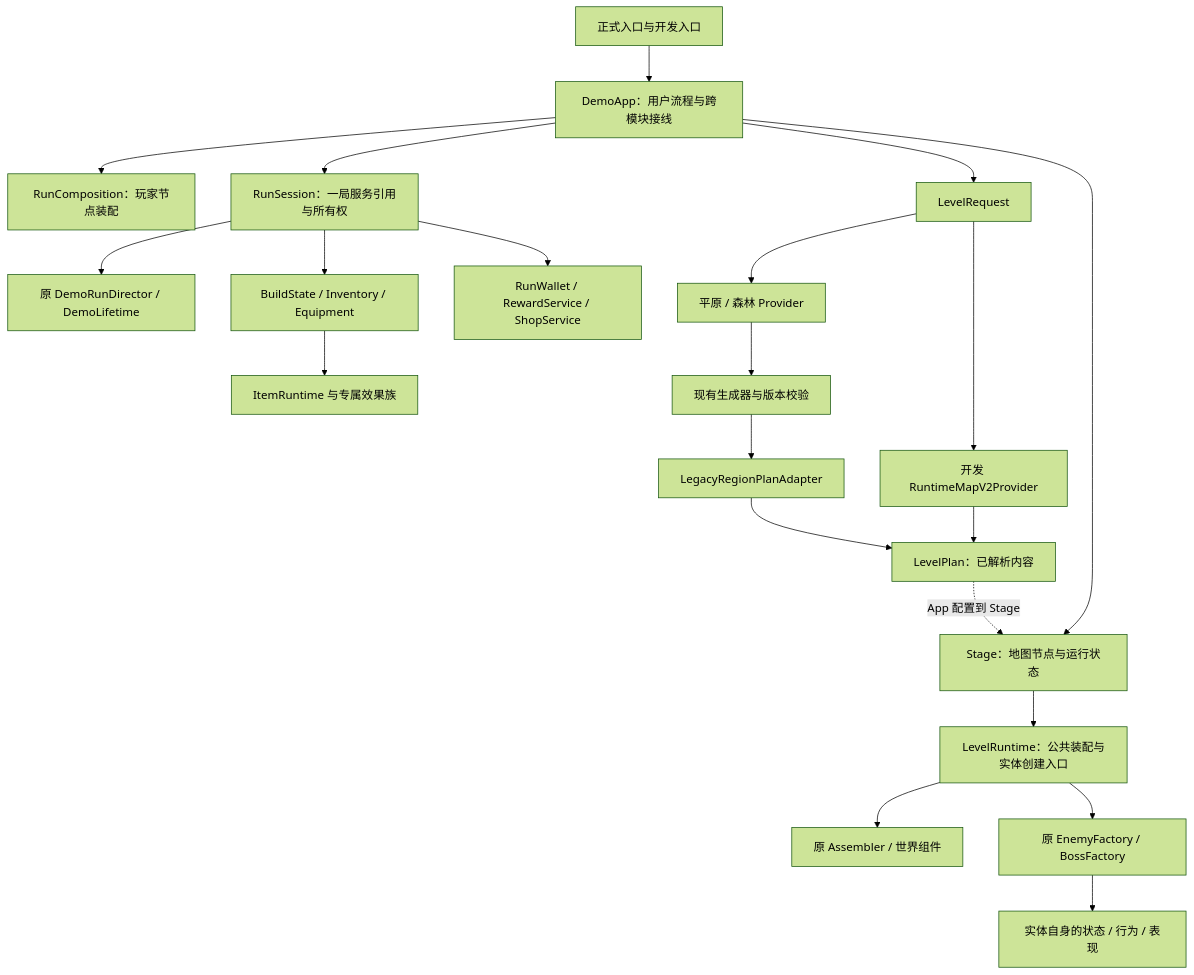
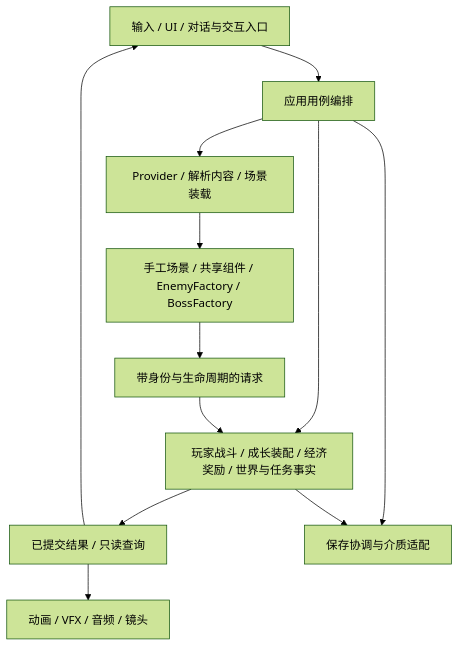
One commit to zhipijun1996/gunman-rush changed the diagram in docs/project/architecture.md. Above: the diagram before and after it, drawn with Mermaid (forest theme). The commit also changed other lines of this file and 9 other files, not shown here.

````diff
--- a/docs/project/architecture.md
+++ b/docs/project/architecture.md
@@ -9,23 +50,14 @@
 ```mermaid
 flowchart TD
-    Entry[正式入口与开发入口] --> App[DemoApp：用户流程与跨模块接线]
-    App --> Composition[RunComposition：玩家节点装配]
-    App --> Session[RunSession：一局服务引用与所有权]
-    Session --> Flow[原 DemoRunDirector / DemoLifetime]
-    Session --> Build[BuildState / Inventory / Equipment]
-    Session --> Economy[RunWallet / RewardService / ShopService]
-    App --> Request[LevelRequest]
-    Request --> Provider[平原 / 森林 Provider]
-    Provider --> Legacy[现有生成器与版本校验]
-    Legacy --> Adapter[LegacyRegionPlanAdapter]
-    Adapter --> Plan[LevelPlan：已解析内容]
-    Request --> RuntimeMap[开发 RuntimeMapV2Provider]
-    RuntimeMap --> Plan
-    App --> Stage[Stage：地图节点与运行状态]
-    Plan -. App 配置到 Stage .-> Stage
-    Stage --> Runtime[LevelRuntime：公共装配与实体创建入口]
-    Runtime --> Assembler[原 Assembler / 世界组件]
-    Runtime --> Factory[原 EnemyFactory / BossFactory]
-    Factory --> Entity[实体自身的状态 / 行为 / 表现]
-    Build --> Effects[ItemRuntime 与专属效果族]
+    UI[输入 / UI / 对话与交互入口] --> App[应用用例编排]
+    App --> Rules[玩家战斗 / 成长装配 / 经济奖励 / 世界与任务事实]
+    App --> Load[Provider / 解析内容 / 场景装载]
+    Load --> Objects[手工场景 / 共享组件 / EnemyFactory / BossFactory]
+    Objects --> Requests[带身份与生命周期的请求]
+    Requests --> Rules
+    Rules --> Views[已提交结果 / 只读查询]
+    Views --> UI
+    Views --> Presentation[动画 / VFX / 音频 / 镜头]
+    App --> Save[保存协调与介质适配]
+    Rules --> Save
 ```
````
